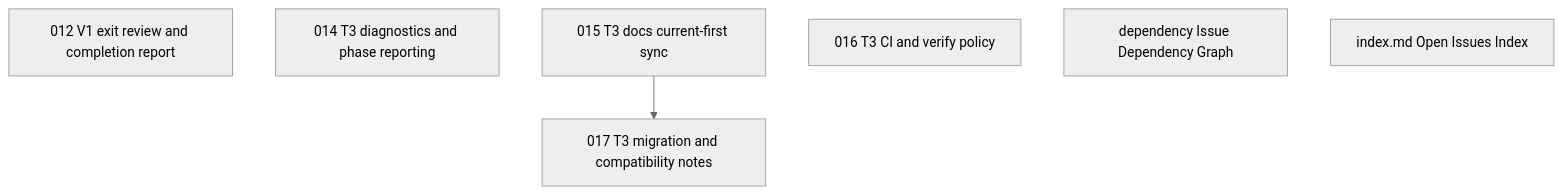
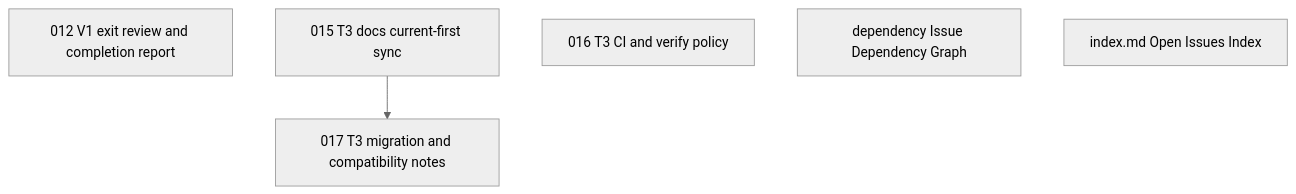
One commit to wogikaze/arukellt changed the diagram in issues/open/dependency-graph.md. Above: the diagram before and after it, drawn with Mermaid (neutral theme). The commit also changed other lines of this file and 3 other files, not shown here.

First line of the commit message:
014: Document T3 diagnostics and phase reporting

````diff
--- a/issues/open/dependency-graph.md
+++ b/issues/open/dependency-graph.md
@@ -7,11 +7,10 @@
 ```mermaid
 graph TD
   I012["012 V1 exit review and completion report"]
-  I014["014 T3 diagnostics and phase reporting"]
   I015["015 T3 docs current-first sync"]
   I016["016 T3 CI and verify policy"]
   Idependency["dependency Issue Dependency Graph"]
   Iindex.md["index.md Open Issues Index"]
   I017["017 T3 migration and compatibility notes"]
   I015 --> I017
 ```
````
